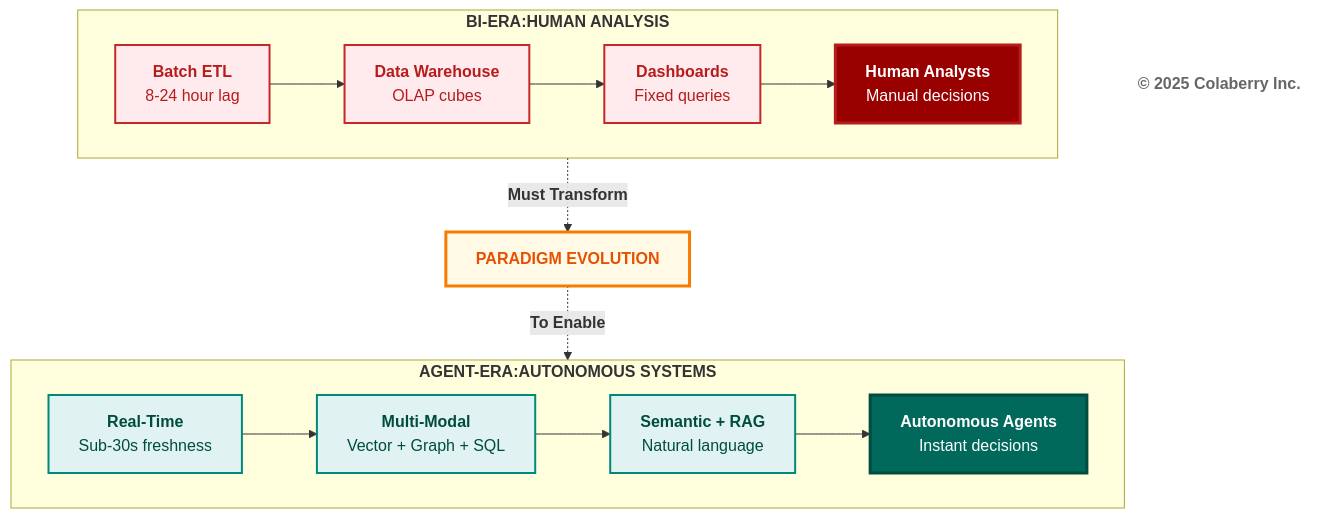
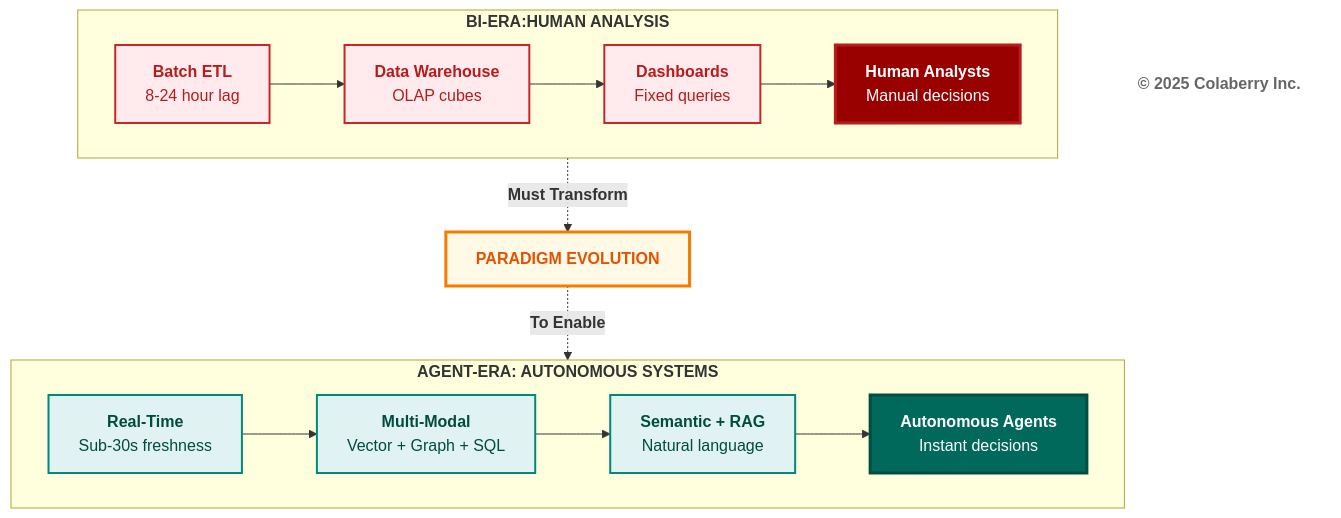
Before and after one commit to saitejesh-cyber/trust-before-intelligence-book: the third of 4 diagrams in manuscript/04_chapter_3_from_bi_to_agent.md, drawn with Mermaid. The commit also changed other lines of this file and 26 other files, not shown here.

````diff
--- a/manuscript/04_chapter_3_from_bi_to_agent.md
+++ b/manuscript/04_chapter_3_from_bi_to_agent.md
@@ -213,47 +213,47 @@
 ```mermaid
 graph TB
     subgraph old["<b>BI-ERA:HUMAN ANALYSIS</b>"]
         direction LR
         O1["<b>Batch ETL</b><br/>8-24 hour lag"]
         O2["<b>Data Warehouse</b><br/>OLAP cubes"]
         O3["<b>Dashboards</b><br/>Fixed queries"]
         O4["<b>Human Analysts</b><br/>Manual decisions"]
         
         O1 --> O2 --> O3 --> O4
     end
     
     Shift["<b>PARADIGM EVOLUTION</b>"]
     
-    subgraph new["<b>AGENT-ERA:AUTONOMOUS     SYSTEMS</b>"]
+    subgraph new["<b>AGENT-ERA: AUTONOMOUS SYSTEMS</b>"]
         direction LR
         N1["<b>Real-Time</b><br/>Sub-30s freshness"]
         N2["<b>Multi-Modal</b><br/>Vector + Graph + SQL"]
         N3["<b>Semantic + RAG</b><br/>Natural language"]
         N4["<b>Autonomous Agents</b><br/>Instant decisions"]
         
         N1 --> N2 --> N3 --> N4
     end
     
     Copyright["<b>© 2025 Colaberry Inc.</b>"]
     
     old -.->|<b>Must Transform</b>| Shift
     Shift -.->|<b>To Enable</b>| new
     
     %% BI-Era (Red - Problems/Old Approach)
     style O1 fill:#ffebee,stroke:#c62828,stroke-width:2px,color:#b71c1c
     style O2 fill:#ffebee,stroke:#c62828,stroke-width:2px,color:#b71c1c
     style O3 fill:#ffebee,stroke:#c62828,stroke-width:2px,color:#b71c1c
     style O4 fill:#990000,color:#ffffff,stroke:#b71c1c,stroke-width:3px
     
     %% Agent-Era (Teal - Solutions/Modern Approach)
     style N1 fill:#e0f2f1,stroke:#00897b,stroke-width:2px,color:#004d40
     style N2 fill:#e0f2f1,stroke:#00897b,stroke-width:2px,color:#004d40
     style N3 fill:#e0f2f1,stroke:#00897b,stroke-width:2px,color:#004d40
     style N4 fill:#00695c,color:#ffffff,stroke:#004d40,stroke-width:3px
     
     %% Transition Element
     style Shift fill:#fff9e6,stroke:#f57c00,stroke-width:3px,color:#e65100
     
     %% Copyright
     style Copyright fill:#ffffff,stroke:none,color:#666666
 ```
````
